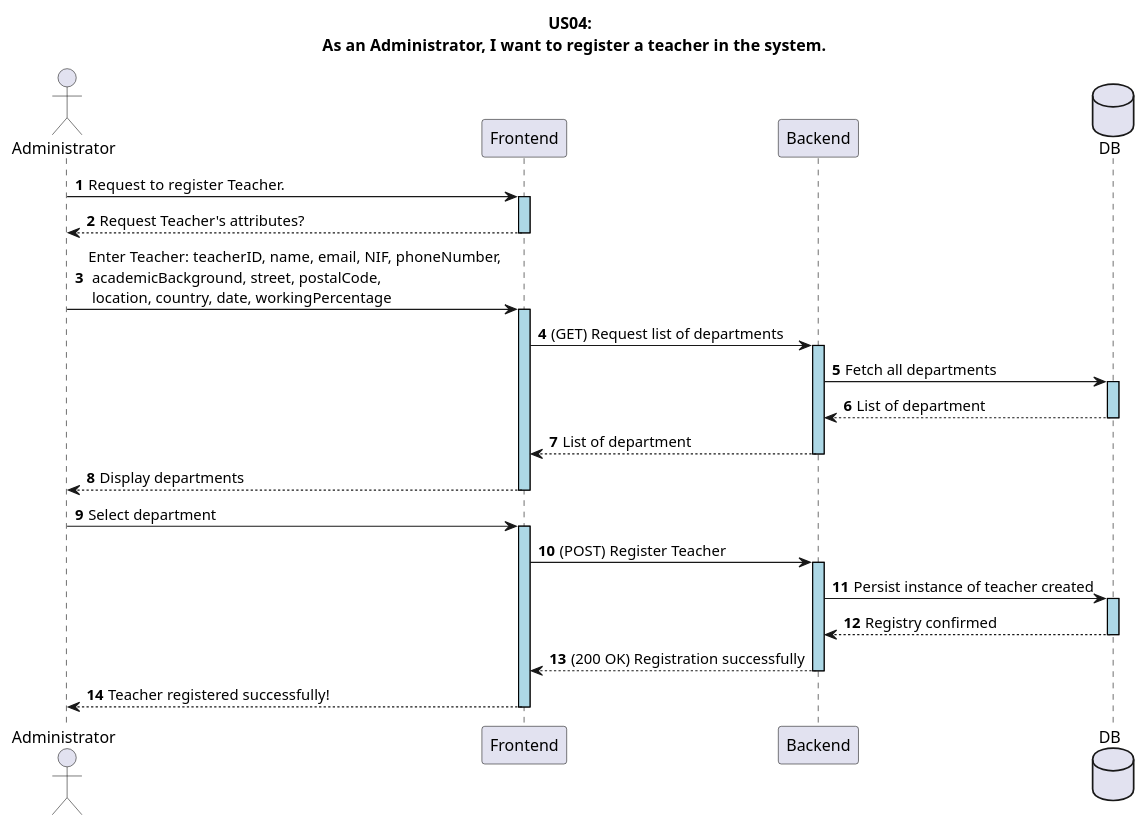
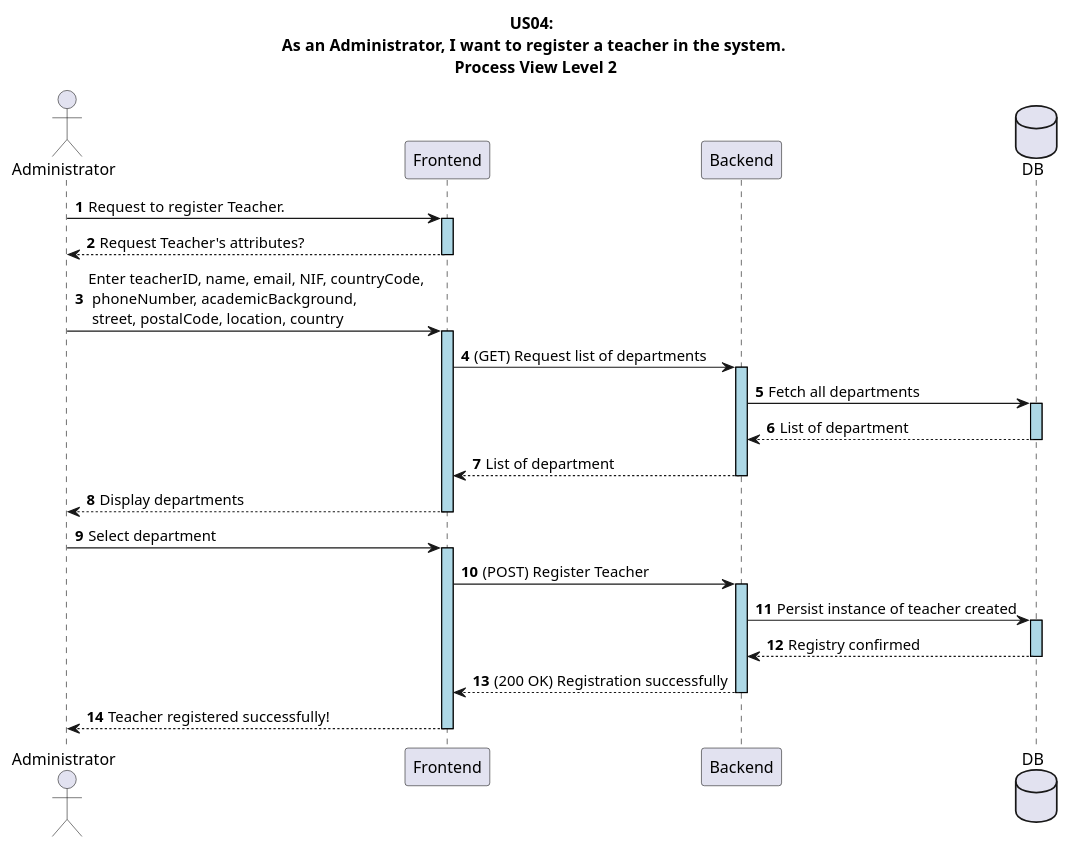
The diagram in docs/US04/Sprint6/ProcessView/Level2.puml (GasparISEP/DevOps-PAI), drawn with PlantUML before and after one commit. The commit also changed 2 other files, not shown here.

Commit message:
docs: refactor Level 1,2 & 3  ProcessView diagrams to Teacher Registration. #500 #581

```diff
--- a/docs/US04/Sprint6/ProcessView/Level2.puml
+++ b/docs/US04/Sprint6/ProcessView/Level2.puml
@@ -1,35 +1,35 @@
 @startuml
 autonumber
 
 skinparam sequence {
    LifelineBorderColor black
    LifelineBackgroundColor LightBlue
  }
 
-title US04: \n As an Administrator, I want to register a teacher in the system.
+title US04: \n As an Administrator, I want to register a teacher in the system. \n Process View Level 2
 
 actor Administrator
 participant "Frontend" as FE
 participant "Backend" as BE
 database DB
 
 Administrator -> FE ++: Request to register Teacher.
 FE --> Administrator --: Request Teacher's attributes?
 
-Administrator -> FE ++: Enter Teacher: teacherID, name, email, NIF, phoneNumber, \n academicBackground, street, postalCode, \n location, country, date, workingPercentage
+Administrator -> FE ++: Enter teacherID, name, email, NIF, countryCode, \n phoneNumber, academicBackground, \n street, postalCode, location, country
 
 FE -> BE ++: (GET) Request list of departments
 BE -> DB ++: Fetch all departments
 DB --> BE --: List of department
 BE --> FE --: List of department
 FE --> Administrator --: Display departments
 
 Administrator -> FE ++: Select department
 
 FE -> BE ++: (POST) Register Teacher
 BE -> DB ++: Persist instance of teacher created
 DB --> BE --: Registry confirmed
 BE --> FE --: (200 OK) Registration successfully
 FE --> Administrator --: Teacher registered successfully!
 
 @enduml
```
